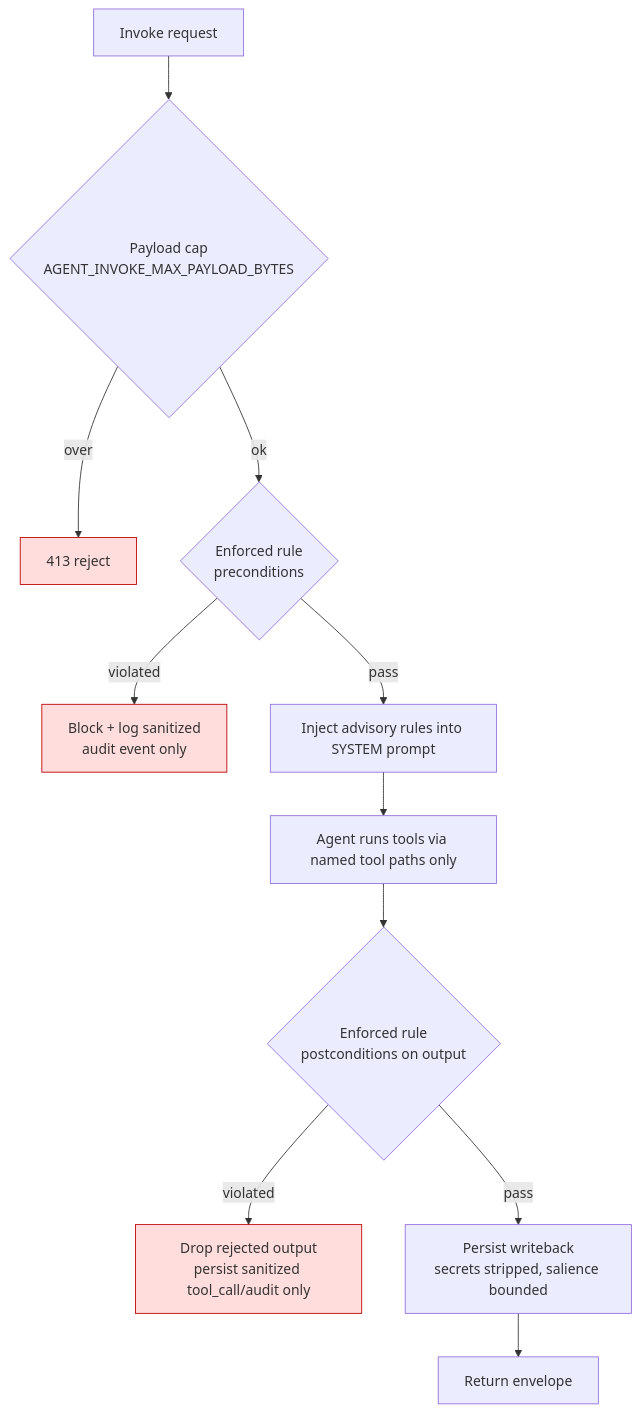
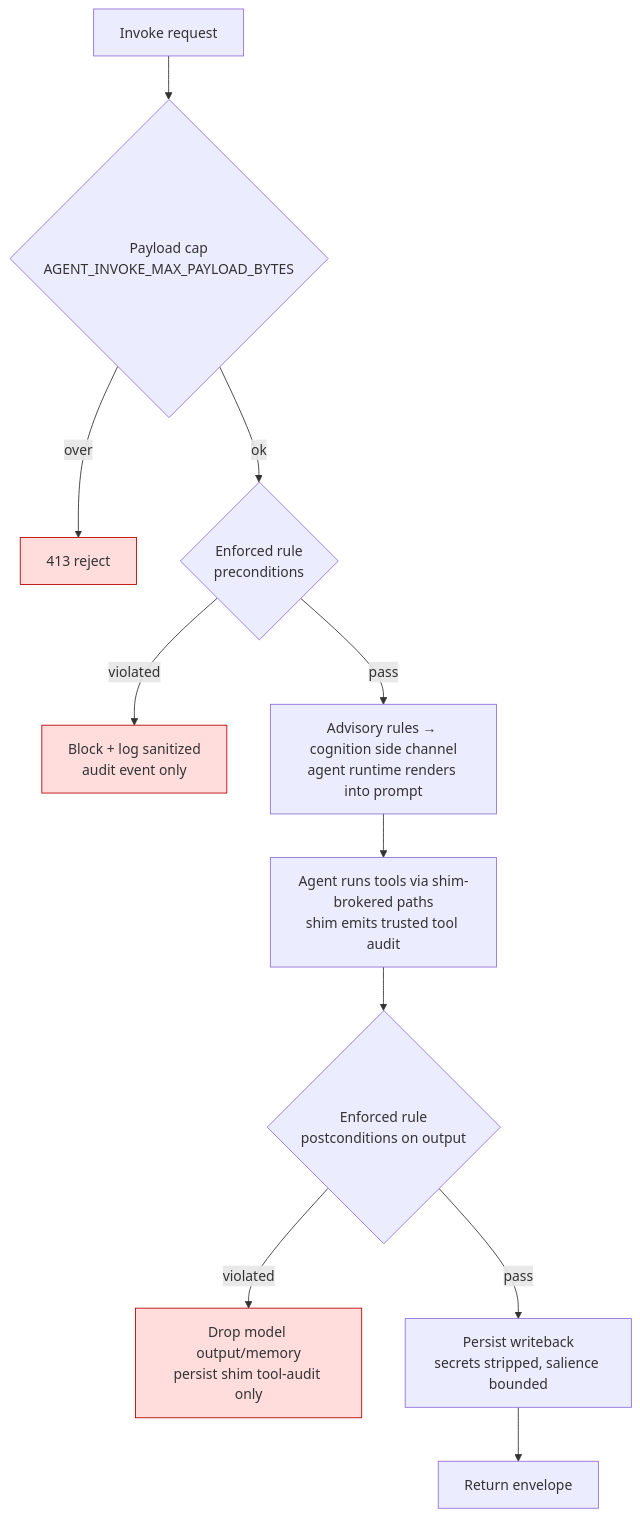
Before and after one commit to brandonkindred/Khala-Agentic-AI-Teams: the sixth of 6 diagrams in backend/agents/agent_cognition/DESIGN.md, drawn with Mermaid. The commit also changed other lines of this file and 1 other file, not shown here.

First line of the commit message:
Address review round 6: ledger lease, request-hash, envelope marker, trusted tool audit, advisory rendering, retention; fix diagram syntax

````diff
--- a/backend/agents/agent_cognition/DESIGN.md
+++ b/backend/agents/agent_cognition/DESIGN.md
@@ -436,16 +475,16 @@
 ```mermaid
 flowchart TB
   IN[Invoke request] --> V1{Payload cap<br/>AGENT_INVOKE_MAX_PAYLOAD_BYTES}
   V1 -- over --> R413[413 reject]
   V1 -- ok --> PRE{Enforced rule<br/>preconditions}
   PRE -- violated --> BLK[Block + log sanitized<br/>audit event only]
-  PRE -- pass --> ADV[Inject advisory rules into SYSTEM prompt]
-  ADV --> RUN[Agent runs tools via named tool paths only]
+  PRE -- pass --> ADV[Advisory rules → cognition side channel<br/>agent runtime renders into prompt]
+  ADV --> RUN[Agent runs tools via shim-brokered paths<br/>shim emits trusted tool audit]
   RUN --> OUT{Enforced rule<br/>postconditions on output}
-  OUT -- violated --> BLKO[Drop rejected output<br/>persist sanitized tool_call/audit only]
+  OUT -- violated --> BLKO[Drop model output/memory<br/>persist shim tool-audit only]
   OUT -- pass --> WB[Persist writeback<br/>secrets stripped, salience bounded]
   WB --> DONE[Return envelope]
 
   classDef bad fill:#fdd,stroke:#b00
   class R413,BLK,BLKO bad
 ```
````
